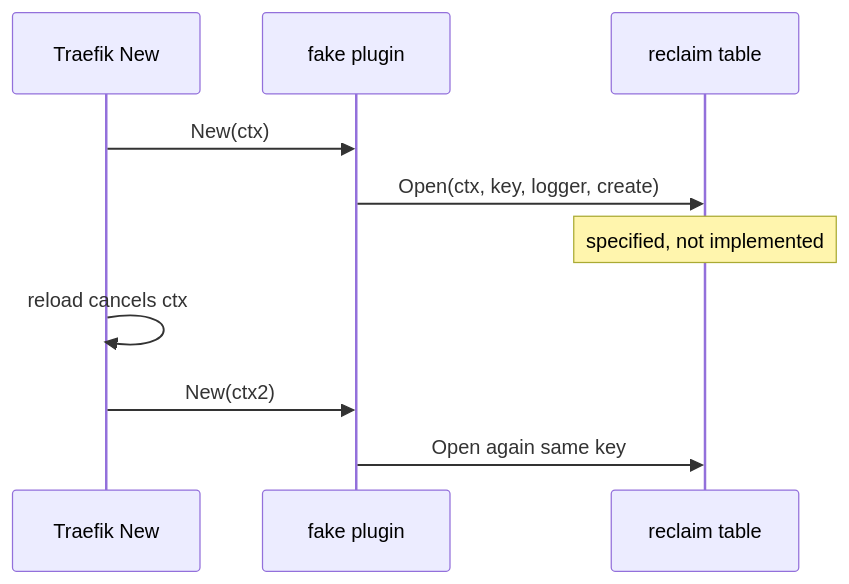
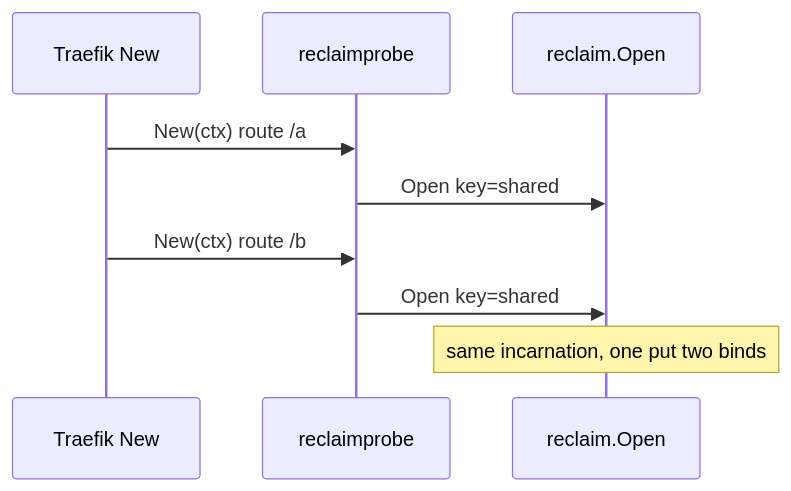
One commit to david-garcia-garcia/traefik-middleware-utilities changed the diagram in devstate/2026/09/2026-09-11-reclaim-table/card.md. Above: the diagram before and after it, drawn with Mermaid. The commit also changed other lines of this file and 3 other files, not shown here.

Commit message:
chore(devstate): implement add-reclaim-table

````diff
--- a/devstate/2026/09/2026-09-11-reclaim-table/card.md
+++ b/devstate/2026/09/2026-09-11-reclaim-table/card.md
@@ -21,12 +21,11 @@
 ```mermaid
 sequenceDiagram
   participant T as Traefik New
-  participant P as fake plugin
-  participant R as reclaim table
-  T->>P: New(ctx)
-  P->>R: Open(ctx, key, logger, create)
-  Note over R: specified, not implemented
-  T->>T: reload cancels ctx
-  T->>P: New(ctx2)
-  P->>R: Open again same key
+  participant P as reclaimprobe
+  participant R as reclaim.Open
+  T->>P: New(ctx) route /a
+  P->>R: Open key=shared
+  T->>P: New(ctx) route /b
+  P->>R: Open key=shared
+  Note over R: same incarnation, one put two binds
 ```
````
